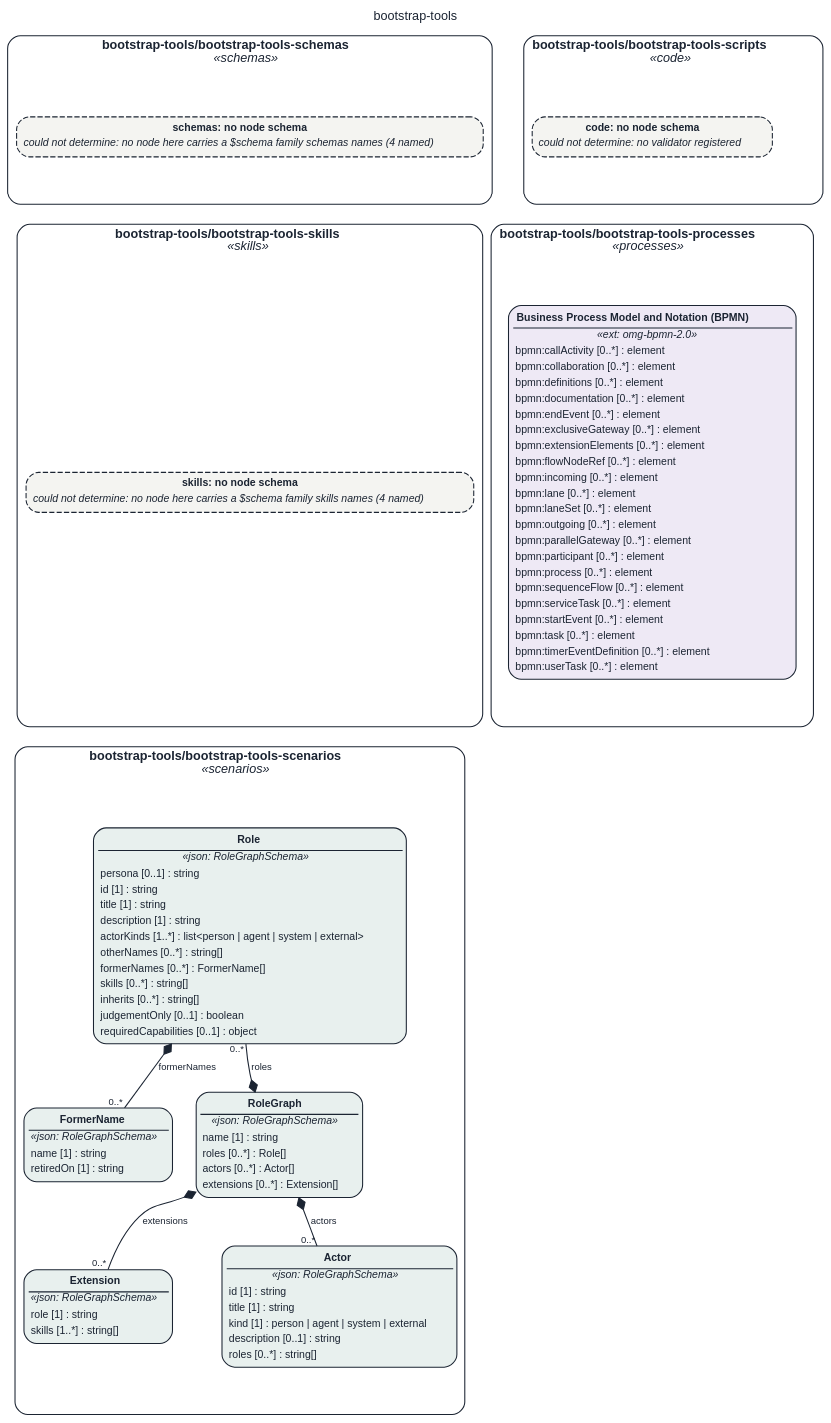
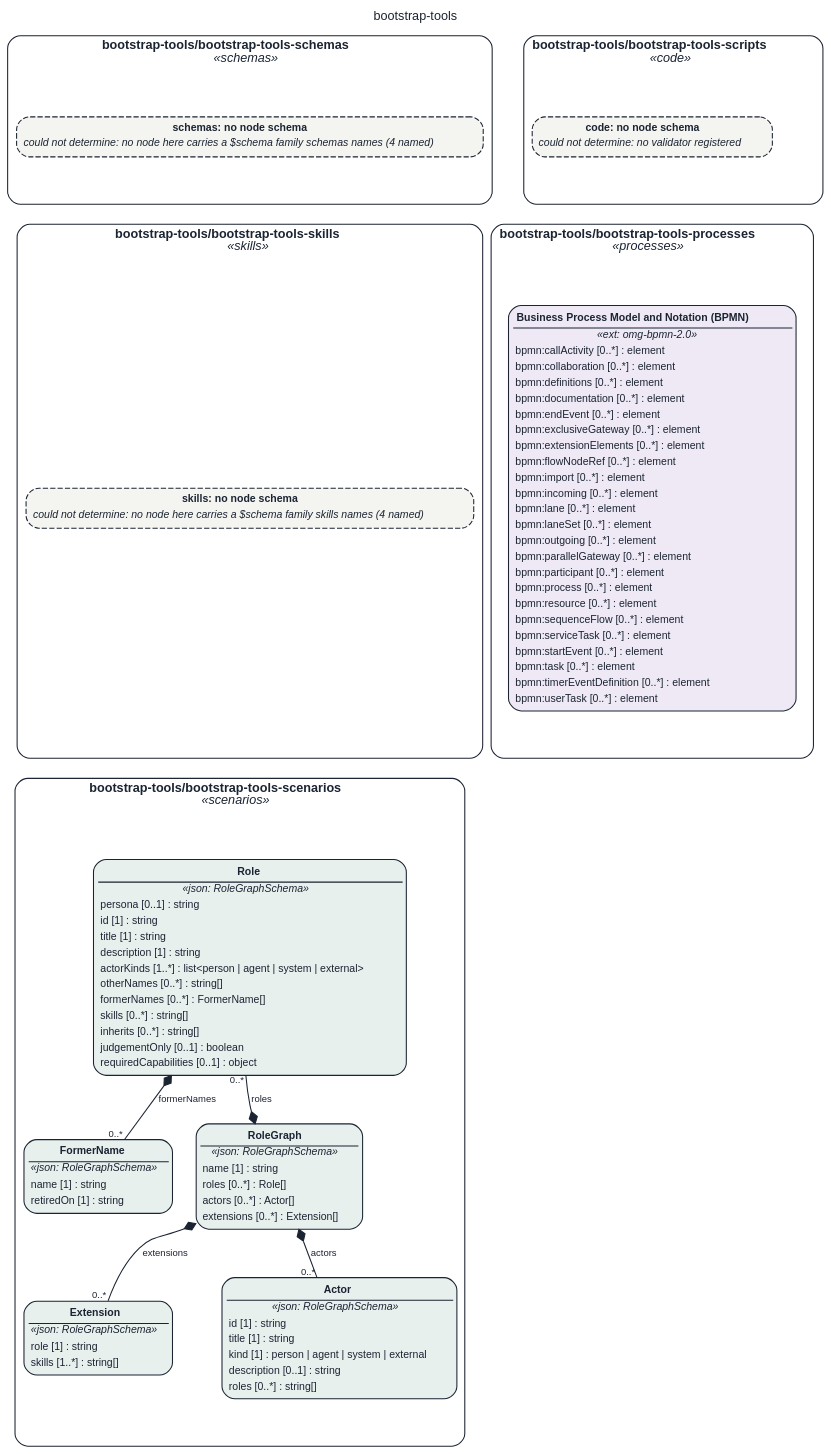
Before and after one commit to litlfred/folio-assistant: the diagram in STAGING/claude-repin-urat-2026-10-20/assets/img/uml/overview/bootstrap-tools.dot, drawn with Graphviz. The commit also changed 2126 other files, not shown here.

```diff
--- a/STAGING/claude-repin-urat-2026-10-20/assets/img/uml/overview/bootstrap-tools.dot
+++ b/STAGING/claude-repin-urat-2026-10-20/assets/img/uml/overview/bootstrap-tools.dot
@@ -24,7 +24,7 @@
   }
   subgraph "cluster_pkg_bootstrap_tools_bootstrap_tools_processes" {
     label=<<b>bootstrap-tools/bootstrap-tools-processes</b><br/><i>«processes»</i>>; style="rounded"; color="#1b2432"; class="fa_uml_subgraph";
-    "bootstrap_tools_bootstrap_tools_processes_omg_bpmn_2_0" [fillcolor="#eee9f5", class="fa_uml_kind_processes", label=<<table border="0" cellborder="0" cellspacing="0" cellpadding="2"><tr><td border="1" sides="b"><b>Business Process Model and Notation (BPMN)</b></td></tr><tr><td><i>«ext: omg-bpmn-2.0»</i></td></tr><tr><td align="left">bpmn:callActivity [0..*] : element</td></tr><tr><td align="left">bpmn:collaboration [0..*] : element</td></tr><tr><td align="left">bpmn:definitions [0..*] : element</td></tr><tr><td align="left">bpmn:documentation [0..*] : element</td></tr><tr><td align="left">bpmn:endEvent [0..*] : element</td></tr><tr><td align="left">bpmn:exclusiveGateway [0..*] : element</td></tr><tr><td align="left">bpmn:extensionElements [0..*] : element</td></tr><tr><td align="left">bpmn:flowNodeRef [0..*] : element</td></tr><tr><td align="left">bpmn:incoming [0..*] : element</td></tr><tr><td align="left">bpmn:lane [0..*] : element</td></tr><tr><td align="left">bpmn:laneSet [0..*] : element</td></tr><tr><td align="left">bpmn:outgoing [0..*] : element</td></tr><tr><td align="left">bpmn:parallelGateway [0..*] : element</td></tr><tr><td align="left">bpmn:participant [0..*] : element</td></tr><tr><td align="left">bpmn:process [0..*] : element</td></tr><tr><td align="left">bpmn:sequenceFlow [0..*] : element</td></tr><tr><td align="left">bpmn:serviceTask [0..*] : element</td></tr><tr><td align="left">bpmn:startEvent [0..*] : element</td></tr><tr><td align="left">bpmn:task [0..*] : element</td></tr><tr><td align="left">bpmn:timerEventDefinition [0..*] : element</td></tr><tr><td align="left">bpmn:userTask [0..*] : element</td></tr></table>>];
+    "bootstrap_tools_bootstrap_tools_processes_omg_bpmn_2_0" [fillcolor="#eee9f5", class="fa_uml_kind_processes", label=<<table border="0" cellborder="0" cellspacing="0" cellpadding="2"><tr><td border="1" sides="b"><b>Business Process Model and Notation (BPMN)</b></td></tr><tr><td><i>«ext: omg-bpmn-2.0»</i></td></tr><tr><td align="left">bpmn:callActivity [0..*] : element</td></tr><tr><td align="left">bpmn:collaboration [0..*] : element</td></tr><tr><td align="left">bpmn:definitions [0..*] : element</td></tr><tr><td align="left">bpmn:documentation [0..*] : element</td></tr><tr><td align="left">bpmn:endEvent [0..*] : element</td></tr><tr><td align="left">bpmn:exclusiveGateway [0..*] : element</td></tr><tr><td align="left">bpmn:extensionElements [0..*] : element</td></tr><tr><td align="left">bpmn:flowNodeRef [0..*] : element</td></tr><tr><td align="left">bpmn:import [0..*] : element</td></tr><tr><td align="left">bpmn:incoming [0..*] : element</td></tr><tr><td align="left">bpmn:lane [0..*] : element</td></tr><tr><td align="left">bpmn:laneSet [0..*] : element</td></tr><tr><td align="left">bpmn:outgoing [0..*] : element</td></tr><tr><td align="left">bpmn:parallelGateway [0..*] : element</td></tr><tr><td align="left">bpmn:participant [0..*] : element</td></tr><tr><td align="left">bpmn:process [0..*] : element</td></tr><tr><td align="left">bpmn:resource [0..*] : element</td></tr><tr><td align="left">bpmn:sequenceFlow [0..*] : element</td></tr><tr><td align="left">bpmn:serviceTask [0..*] : element</td></tr><tr><td align="left">bpmn:startEvent [0..*] : element</td></tr><tr><td align="left">bpmn:task [0..*] : element</td></tr><tr><td align="left">bpmn:timerEventDefinition [0..*] : element</td></tr><tr><td align="left">bpmn:userTask [0..*] : element</td></tr></table>>];
     "grid_pkg_bootstrap_tools_bootstrap_tools_processes_top" [shape=point, style=invis, width=0, height=0, label="", class="kg-graph-anchor"];
     "grid_pkg_bootstrap_tools_bootstrap_tools_processes_bottom" [shape=point, style=invis, width=0, height=0, label="", class="kg-graph-anchor"];
   }
```
